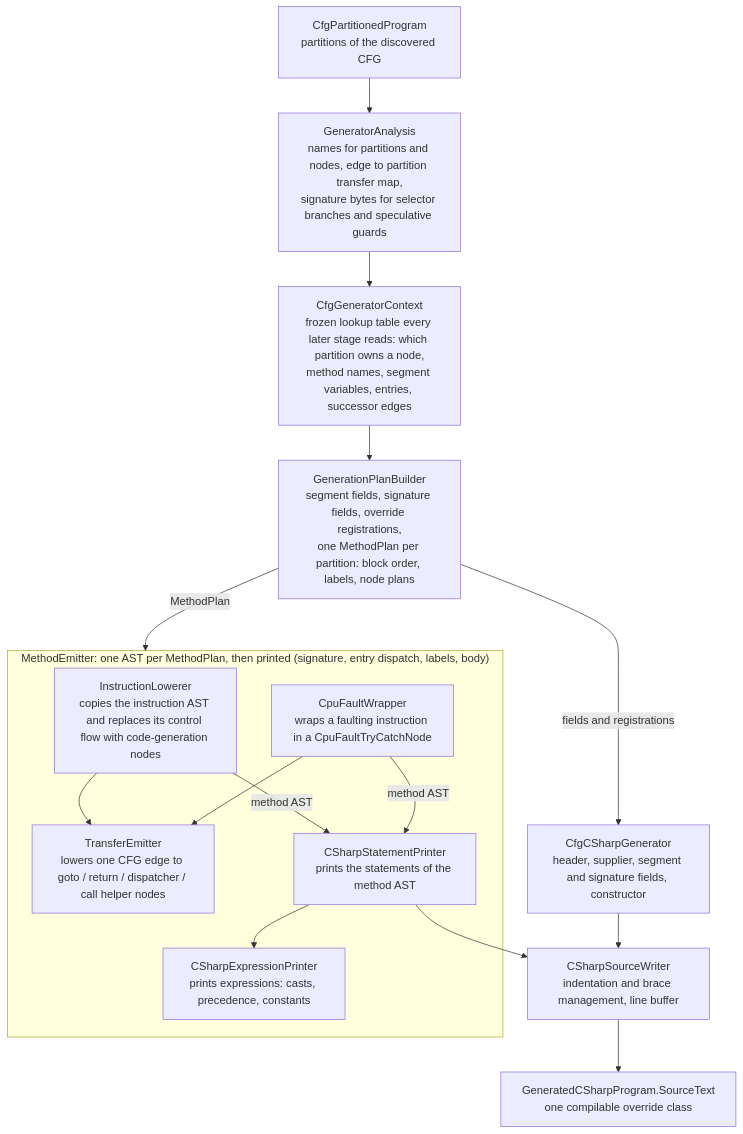
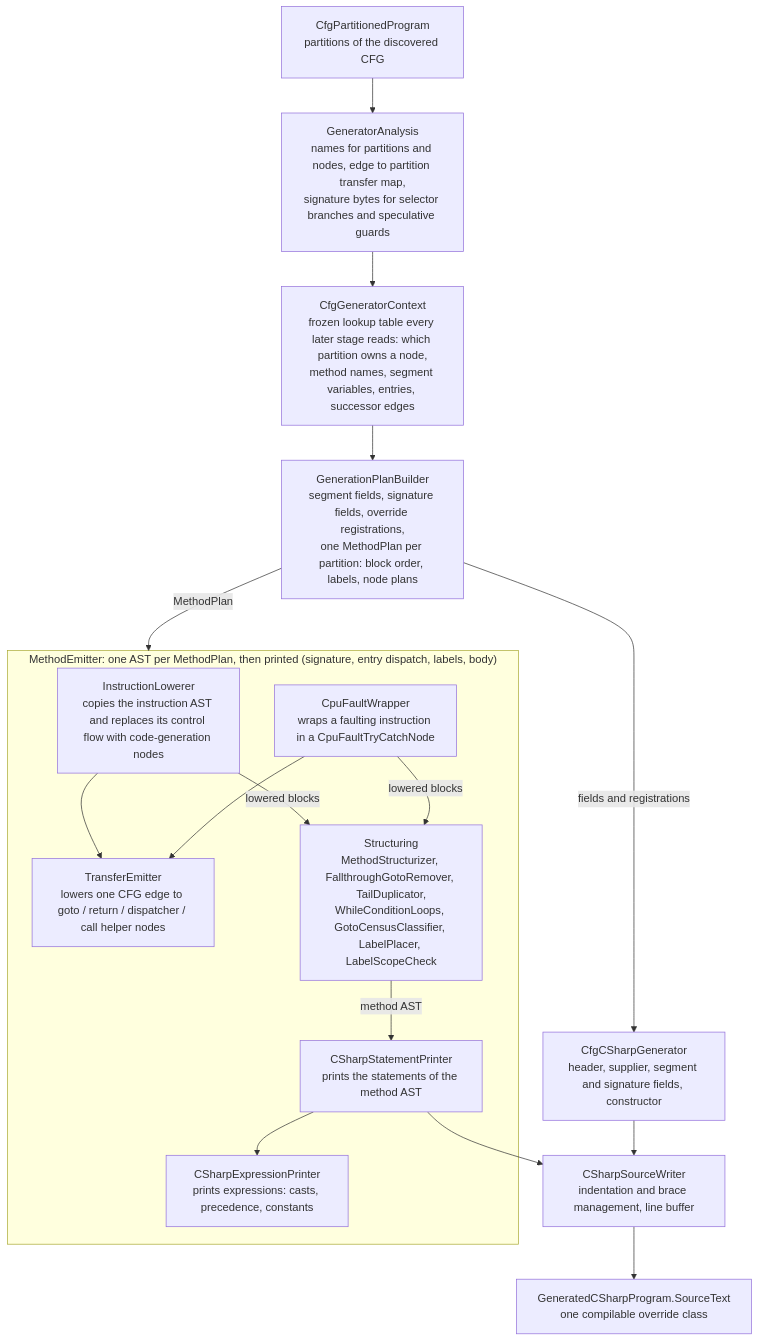
The diagram in doc/codeGeneratorReadme.md (OpenRakis/Spice86), drawn with Mermaid before and after one commit. The commit also changed other lines of this file and 1368 other files, not shown here.

Commit message:
feat: Make generated code structured, less goto, more if / else, while, switch (#2442)

````diff
--- a/doc/codeGeneratorReadme.md
+++ b/doc/codeGeneratorReadme.md
@@ -13,33 +13,35 @@
 ```mermaid
 flowchart TD
     program["CfgPartitionedProgram<br/>partitions of the discovered CFG"]
     analysis["GeneratorAnalysis<br/>names for partitions and nodes, edge to partition transfer map,<br/>signature bytes for selector branches and speculative guards"]
     context["CfgGeneratorContext<br/>frozen lookup table every later stage reads: which partition owns a node,<br/>method names, segment variables, entries, successor edges"]
     planBuilder["GenerationPlanBuilder<br/>segment fields, signature fields, override registrations,<br/>one MethodPlan per partition: block order, labels, node plans"]
     classParts["CfgCSharpGenerator<br/>header, supplier, segment and signature fields, constructor"]
 
     subgraph methodEmitter["MethodEmitter: one AST per MethodPlan, then printed (signature, entry dispatch, labels, body)"]
         lowerer["InstructionLowerer<br/>copies the instruction AST and replaces its control flow with code-generation nodes"]
         faultWrapper["CpuFaultWrapper<br/>wraps a faulting instruction in a CpuFaultTryCatchNode"]
         transfer["TransferEmitter<br/>lowers one CFG edge to goto / return / dispatcher / call helper nodes"]
+        structuring["Structuring<br/>MethodStructurizer, FallthroughGotoRemover, TailDuplicator,<br/>WhileConditionLoops, GotoCensusClassifier, LabelPlacer, LabelScopeCheck"]
         statementPrinter["CSharpStatementPrinter<br/>prints the statements of the method AST"]
         expressionPrinter["CSharpExpressionPrinter<br/>prints expressions: casts, precedence, constants"]
         lowerer --> transfer
         faultWrapper --> transfer
-        lowerer -- "method AST" --> statementPrinter
-        faultWrapper -- "method AST" --> statementPrinter
+        lowerer -- "lowered blocks" --> structuring
+        faultWrapper -- "lowered blocks" --> structuring
+        structuring -- "method AST" --> statementPrinter
         statementPrinter --> expressionPrinter
     end
 
     writer["CSharpSourceWriter<br/>indentation and brace management, line buffer"]
     output["GeneratedCSharpProgram.SourceText<br/>one compilable override class"]
 
     program --> analysis
     analysis --> context
     context --> planBuilder
     planBuilder -- "fields and registrations" --> classParts
     planBuilder -- "MethodPlan" --> methodEmitter
     classParts --> writer
     statementPrinter --> writer
     writer --> output
 ```
````
